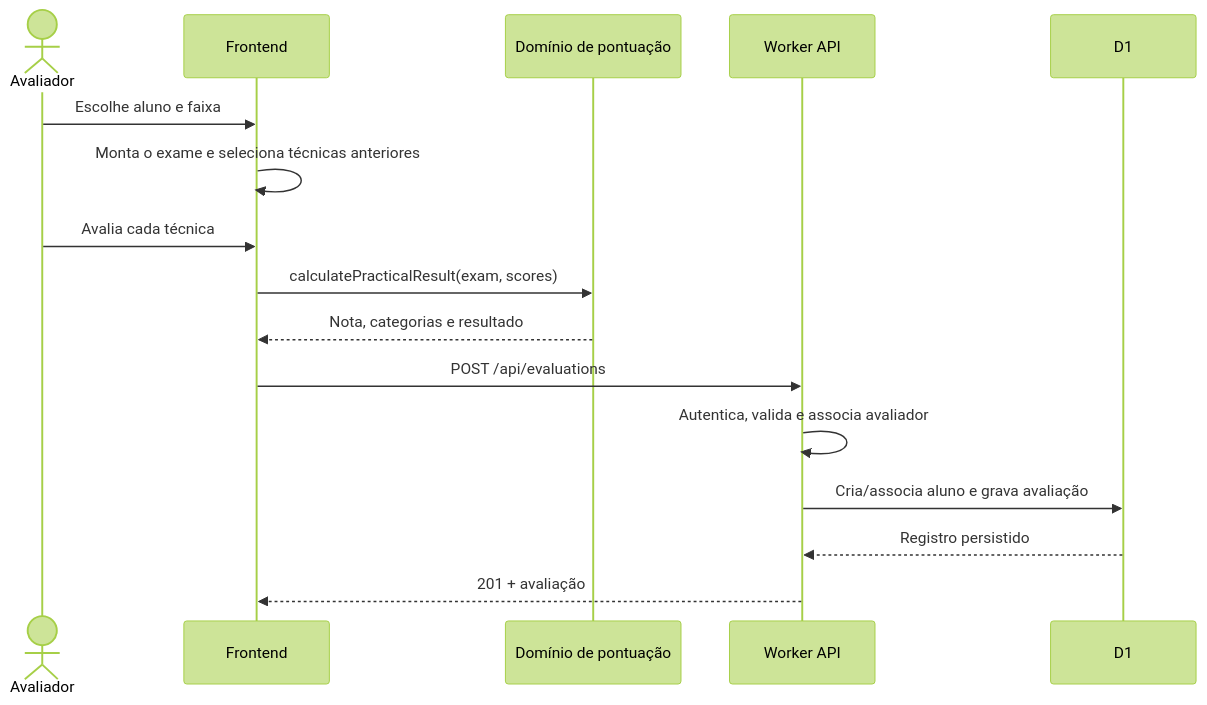
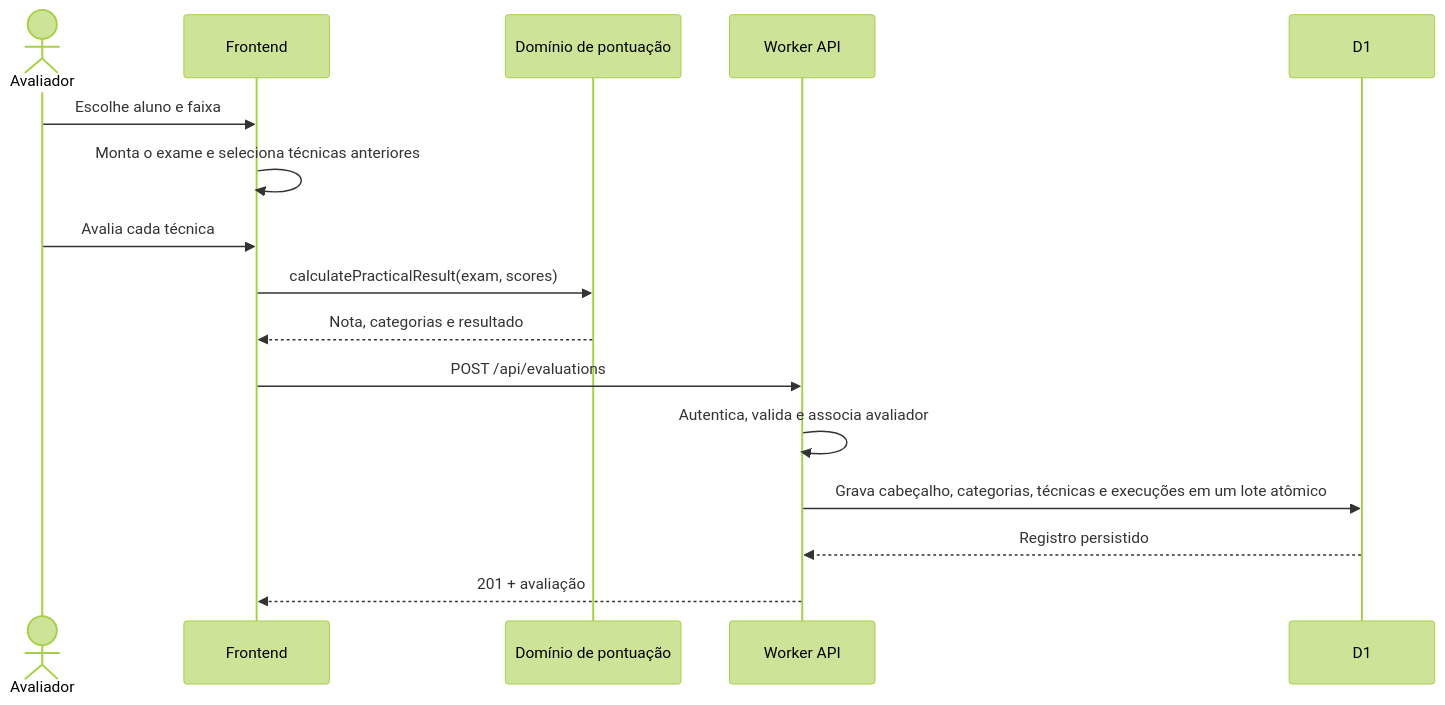
The third of 4 diagrams in docs/architecture/README.md (ArthurViniNunes/judo-exam-platform), drawn with Mermaid (forest theme) before and after one commit. The commit also changed other lines of this file and 10 other files, not shown here.

````diff
--- a/docs/architecture/README.md
+++ b/docs/architecture/README.md
@@ -78,19 +79,19 @@
 ```mermaid
 sequenceDiagram
   actor A as Avaliador
   participant UI as Frontend
   participant D as Domínio de pontuação
   participant API as Worker API
   participant DB as D1
 
   A->>UI: Escolhe aluno e faixa
   UI->>UI: Monta o exame e seleciona técnicas anteriores
   A->>UI: Avalia cada técnica
   UI->>D: calculatePracticalResult(exam, scores)
   D-->>UI: Nota, categorias e resultado
   UI->>API: POST /api/evaluations
   API->>API: Autentica, valida e associa avaliador
-  API->>DB: Cria/associa aluno e grava avaliação
+  API->>DB: Grava cabeçalho, categorias, técnicas e execuções em um lote atômico
   DB-->>API: Registro persistido
   API-->>UI: 201 + avaliação
 ```
````
